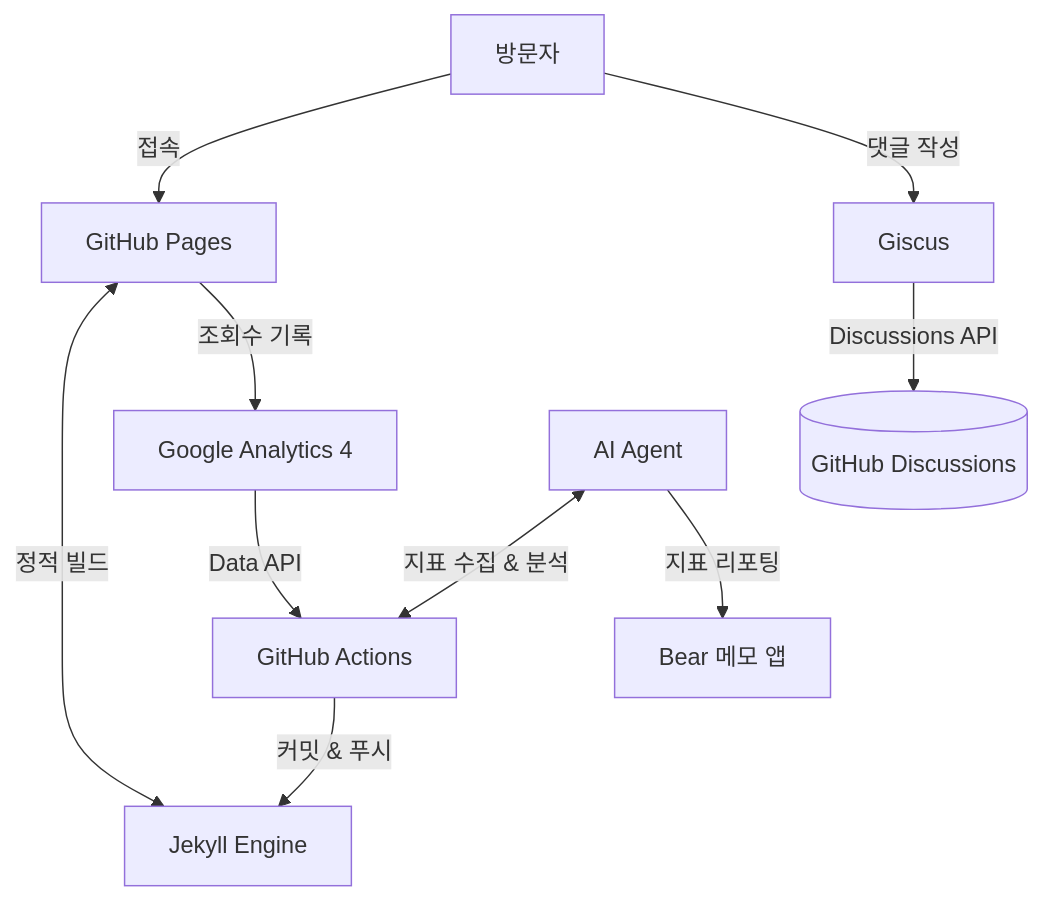
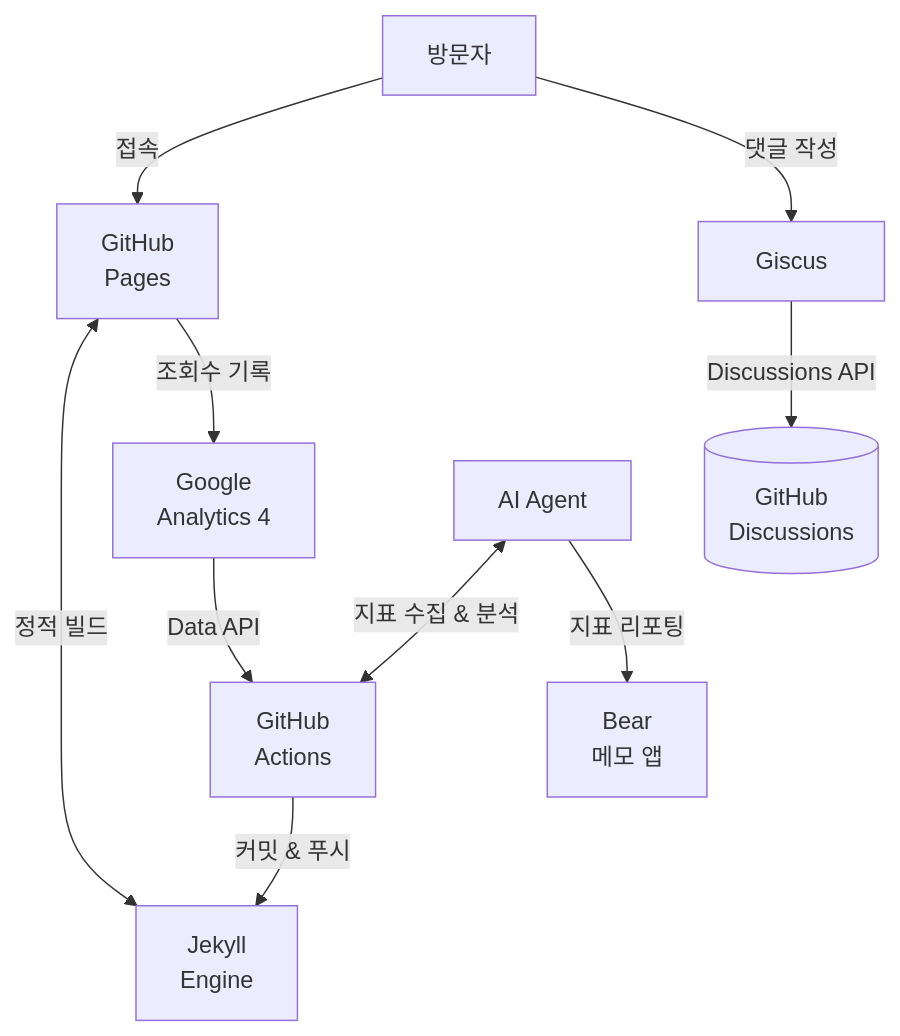
The diagram in _posts/2026-08-06-why-i-made-github-blog.md (panddu/panddu.github.io), drawn with Mermaid before and after one commit. The commit also changed other lines of this file, not shown here.

````diff
--- a/_posts/2026-08-06-why-i-made-github-blog.md
+++ b/_posts/2026-08-06-why-i-made-github-blog.md
@@ -87,22 +237,22 @@
 ```mermaid
 flowchart TD
     visitor[방문자]
-    gh_pages[GitHub Pages]
-    jekyll[Jekyll Engine]
-    giscus[Giscus]
-    gh_discussions[(GitHub Discussions)]
-    ga4[Google Analytics 4]
-    gh_actions[GitHub Actions]
+    gh_pages[GitHub<br/>Pages]
+    jekyll[Jekyll<br/>Engine]
+    giscus["&nbsp;&nbsp;Giscus&nbsp;&nbsp;"]
+    gh_discussions[("&nbsp;&nbsp;GitHub&nbsp;&nbsp;<br/>&nbsp;&nbsp;Discussions&nbsp;&nbsp;")]
+    ga4[Google<br/>Analytics 4]
+    gh_actions[GitHub<br/>Actions]
     ai_agent[AI Agent]
-    bear[Bear 메모 앱]
+    bear[Bear<br/>메모 앱]
 
     visitor -->|접속| gh_pages
     gh_pages <-->|정적 빌드| jekyll
     visitor -->|댓글 작성| giscus
     gh_pages -->|조회수 기록| ga4
     giscus -->|Discussions API| gh_discussions
     ga4 -->|Data API| gh_actions
     gh_actions -->|커밋 & 푸시| jekyll
     ai_agent <-->|지표 수집 & 분석| gh_actions
     ai_agent -->|지표 리포팅| bear
 ```
````
